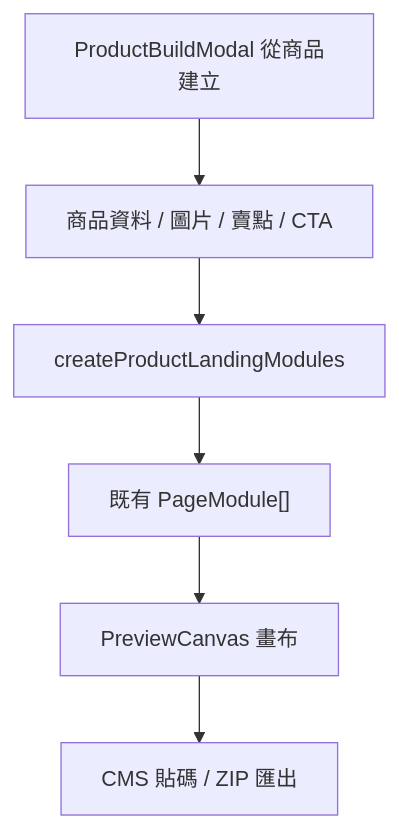
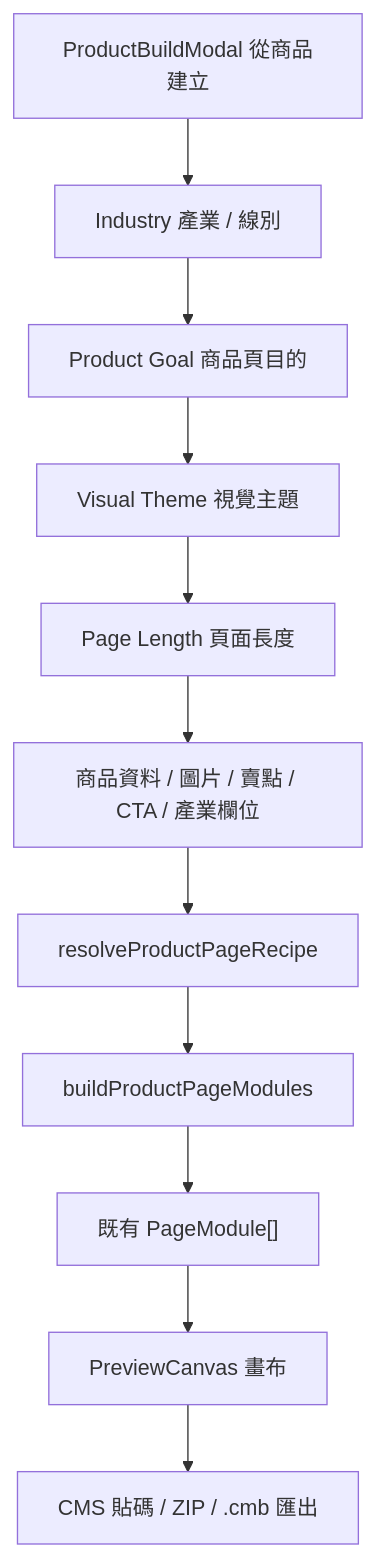
Before and after one commit to Iveslee00/NEXORA: the seventh of 8 diagrams in docs/site-architecture.md, drawn with Mermaid. The commit also changed other lines of this file and 2 other files, not shown here.

Commit message:
docs: define product page starter spec

````diff
--- a/docs/site-architecture.md
+++ b/docs/site-architecture.md
@@ -230,15 +236,25 @@
 ```mermaid
 flowchart TD
   ProductModal["ProductBuildModal 從商品建立"]
-  ProductInput["商品資料 / 圖片 / 賣點 / CTA"]
-  ProductBuilder["createProductLandingModules"]
+  Industry["Industry 產業 / 線別"]
+  Goal["Product Goal 商品頁目的"]
+  Theme["Visual Theme 視覺主題"]
+  Length["Page Length 頁面長度"]
+  ProductInput["商品資料 / 圖片 / 賣點 / CTA / 產業欄位"]
+  RecipeResolver["resolveProductPageRecipe"]
+  ProductBuilder["buildProductPageModules"]
   ExistingModules["既有 PageModule[]"]
   Canvas["PreviewCanvas 畫布"]
-  Export["CMS 貼碼 / ZIP 匯出"]
+  Export["CMS 貼碼 / ZIP / .cmb 匯出"]
 
-  ProductModal --> ProductInput
-  ProductInput --> ProductBuilder
+  ProductModal --> Industry
+  Industry --> Goal
+  Goal --> Theme
+  Theme --> Length
+  Length --> ProductInput
+  ProductInput --> RecipeResolver
+  RecipeResolver --> ProductBuilder
   ProductBuilder --> ExistingModules
   ExistingModules --> Canvas
   Canvas --> Export
 ```
````
